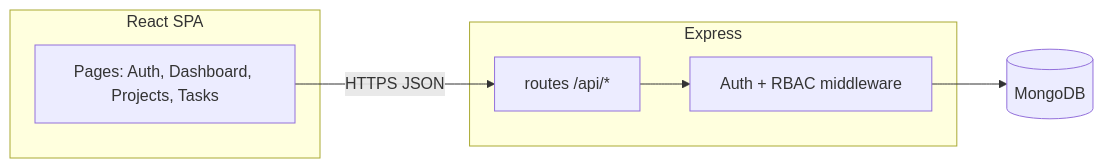
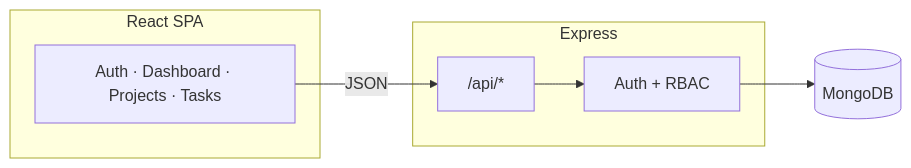
Before and after one commit to akashissu/team-task-manager: the diagram in README.md, drawn with Mermaid. The commit also changed other lines of this file, not shown here.

````diff
--- a/README.md
+++ b/README.md
@@ -29,14 +112,14 @@
 ```mermaid
 flowchart LR
-  subgraph client [React SPA]
-    UI[Pages: Auth, Dashboard, Projects, Tasks]
+  subgraph SPA [React SPA]
+    UI[Auth · Dashboard · Projects · Tasks]
   end
-  subgraph server [Express]
-    MW[Auth + RBAC middleware]
-    R[routes /api/*]
+  subgraph API [Express]
+    MW[Auth + RBAC]
+    R["/api/*"]
   end
   DB[(MongoDB)]
-  UI -->|HTTPS JSON| R
+  UI -->|JSON| R
   R --> MW
   MW --> DB
 ```
````
